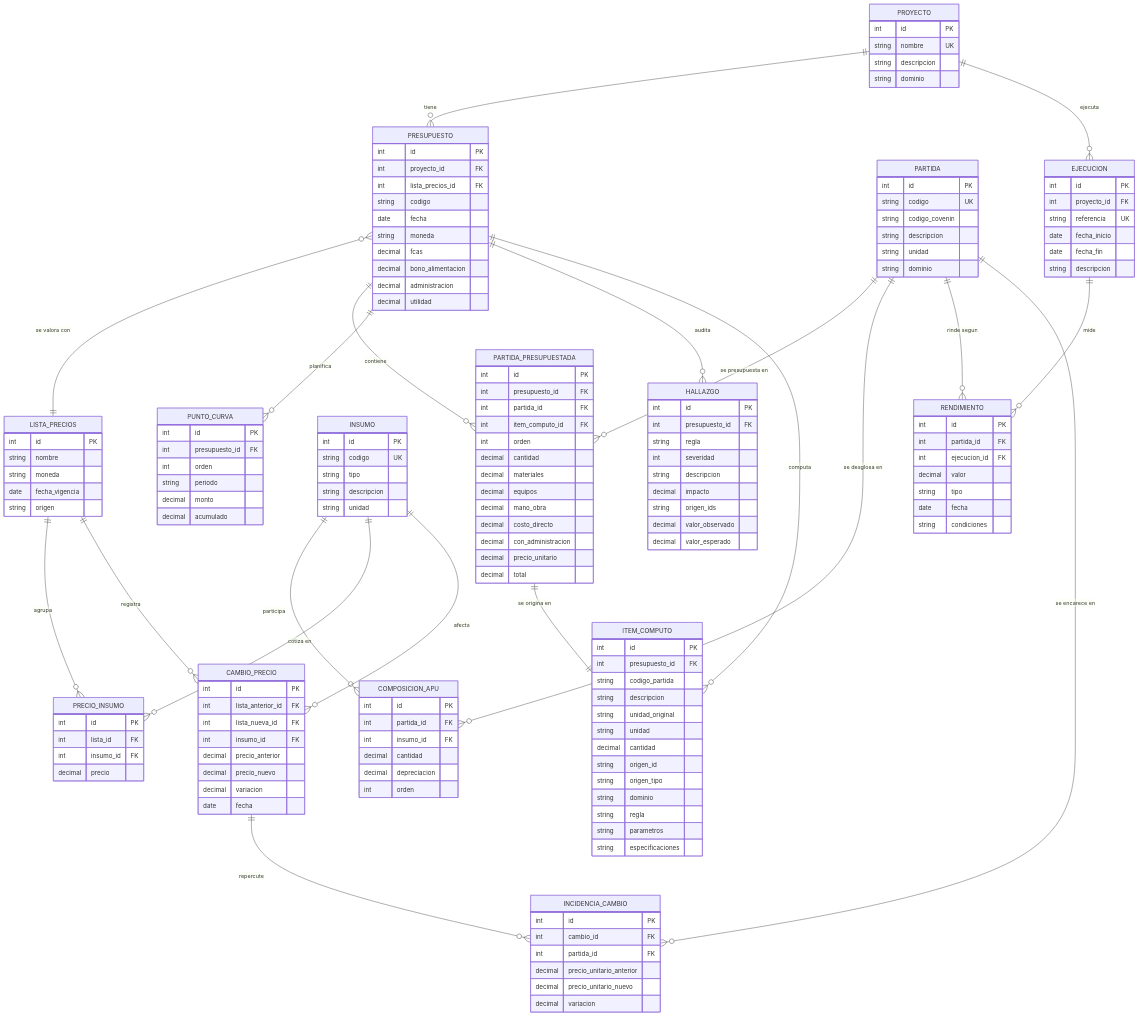
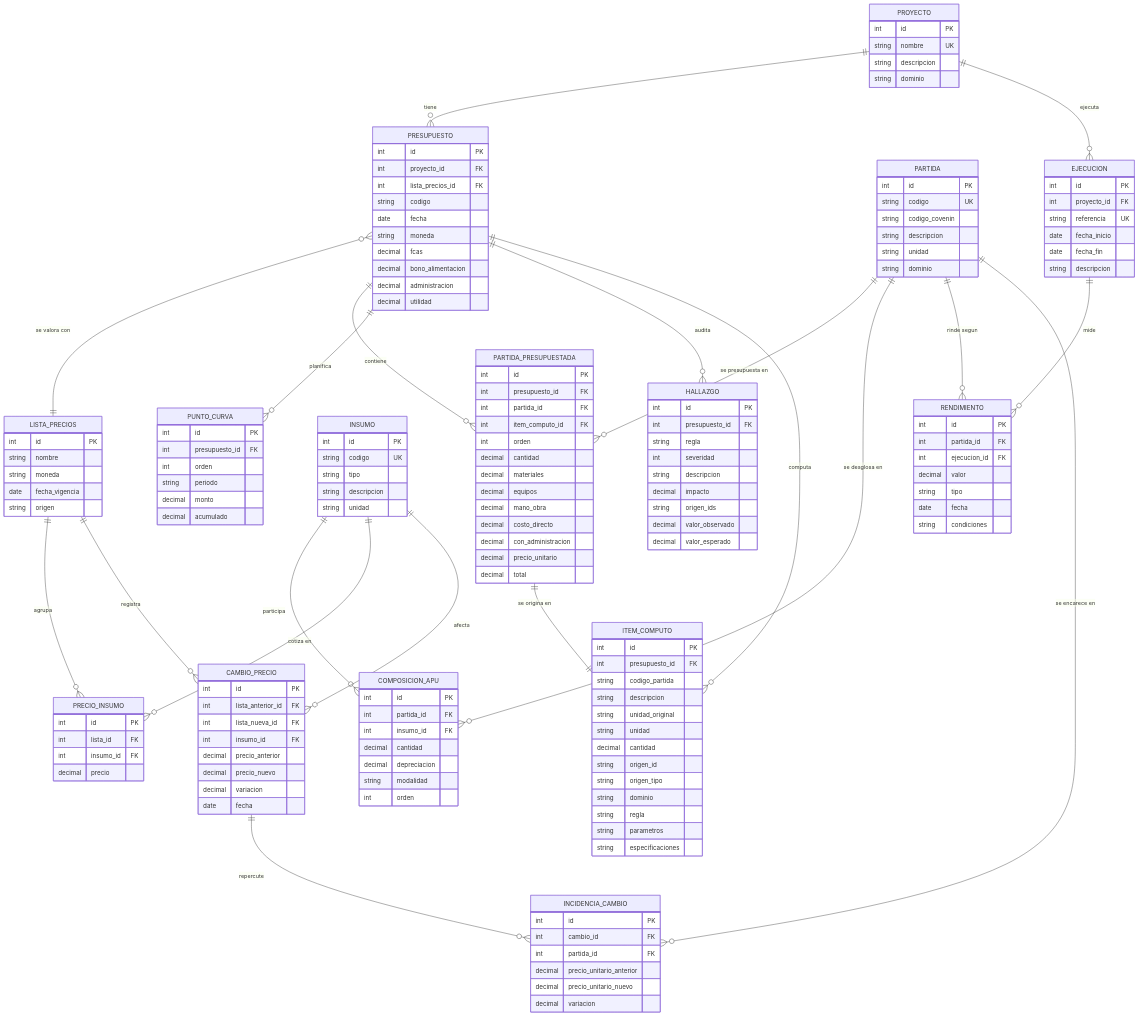
The diagram in docs/modelo_datos.md (EugenioRRijo/ARENIA), drawn with Mermaid before and after one commit. The commit also changed other lines of this file and 3 other files, not shown here.

```diff
--- a/docs/modelo_datos.md
+++ b/docs/modelo_datos.md
@@ -328,6 +329,7 @@
         int insumo_id FK
         decimal cantidad
         decimal depreciacion
+        string modalidad
         int orden
     }
     RENDIMIENTO {
```
